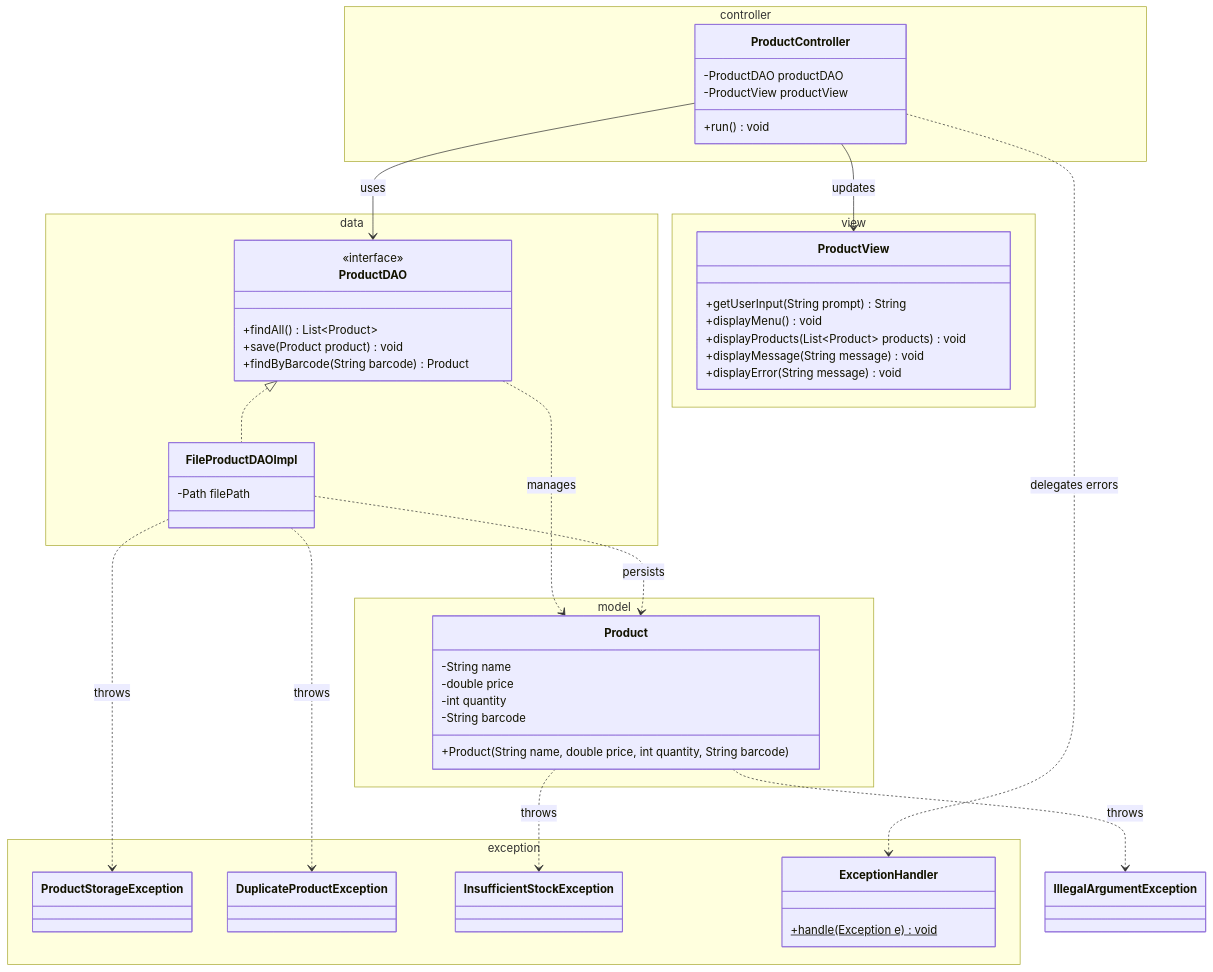
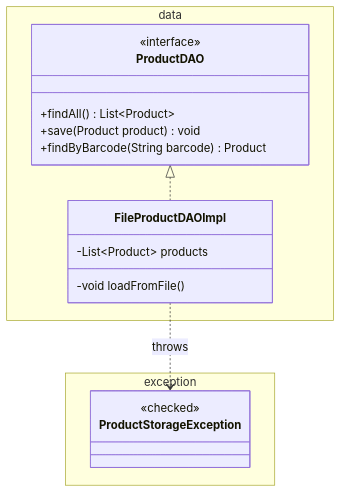
The diagram in README.md (ihabau/Lexicon_WS_Exception), drawn with Mermaid before and after one commit. The commit also changed other lines of this file and 1 other file, not shown here.

Commit message:
Docs: step 3 worksheet (Product Inventory) - DAO + file DAOImpl, flowcharts, 10 hints

````diff
--- a/README.md
+++ b/README.md
@@ -7,64 +27,22 @@
 ```mermaid
 classDiagram
-    namespace model {
-        class Product {
-            -String name
-            -double price
-            -int quantity
-            -String barcode
-            +Product(String name, double price, int quantity, String barcode)
-        }
-    }
-
     namespace data {
         class ProductDAO {
             <<interface>>
             +findAll() List~Product~
             +save(Product product) void
             +findByBarcode(String barcode) Product
         }
         class FileProductDAOImpl {
-            -Path filePath
+            -List~Product~ products
+            -void loadFromFile()
         }
     }
-
-    namespace view {
-        class ProductView {
-            +getUserInput(String prompt) String
-            +displayMenu() void
-            +displayProducts(List~Product~ products) void
-            +displayMessage(String message) void
-            +displayError(String message) void
+    namespace exception {
+        class ProductStorageException {
+            <<checked>>
         }
     }
-
-    namespace controller {
-        class ProductController {
-            -ProductDAO productDAO
-            -ProductView productView
-            +run() void
-        }
-    }
-
-    namespace exception {
-        class ProductStorageException { }
-        class DuplicateProductException { }
-        class InsufficientStockException { }
-        class ExceptionHandler {
-            +handle(Exception e)$ void
-        }
-    }
-
     ProductDAO <|.. FileProductDAOImpl
-    ProductController --> ProductDAO : uses
-    ProductController --> ProductView : updates
-    ProductController ..> ExceptionHandler : delegates errors
-
-    ProductDAO ..> Product : manages
-    FileProductDAOImpl ..> Product : persists
-
-    Product ..> IllegalArgumentException : throws
-    Product ..> InsufficientStockException : throws
     FileProductDAOImpl ..> ProductStorageException : throws
-    FileProductDAOImpl ..> DuplicateProductException : throws
 ```
````
